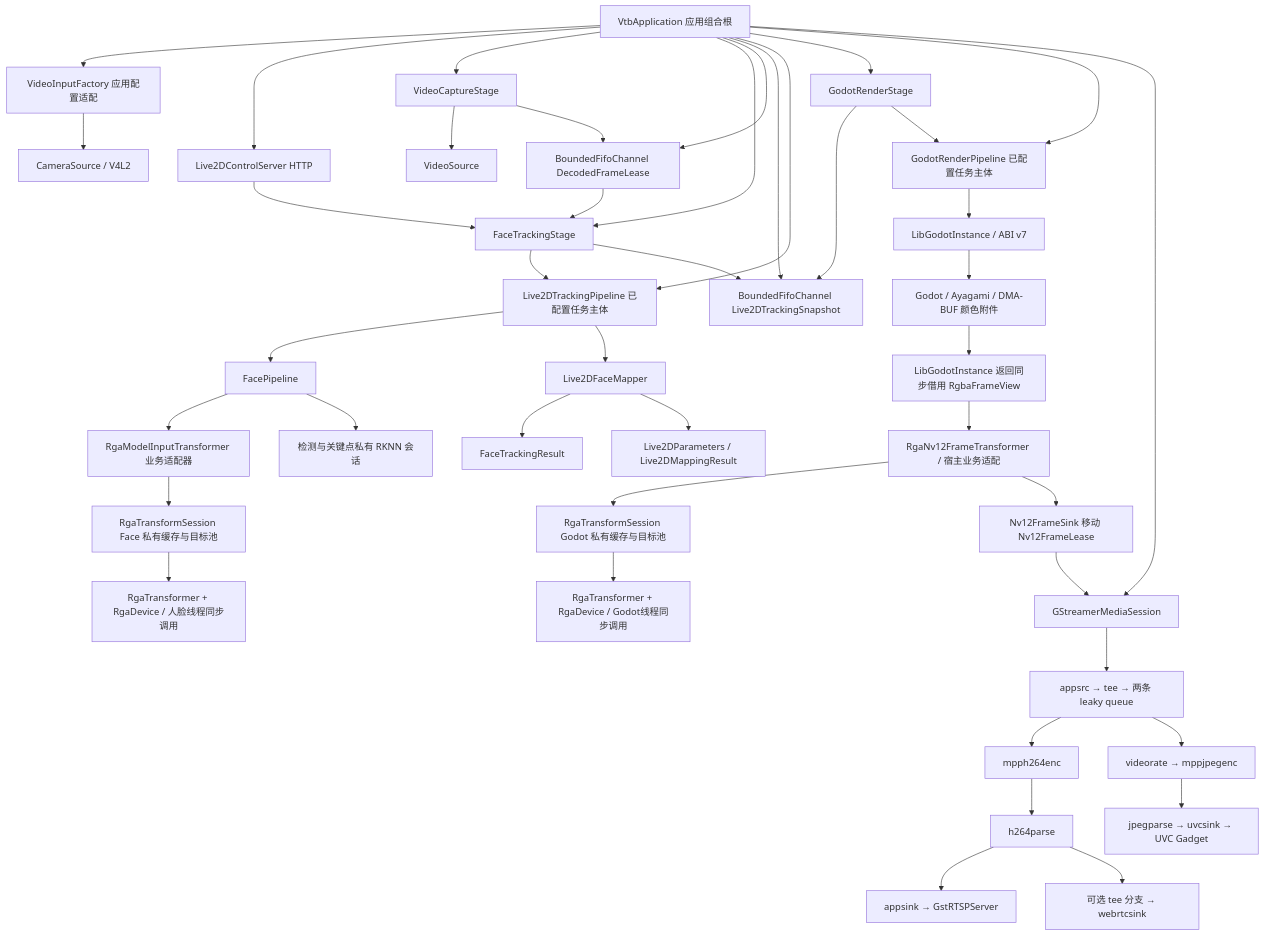
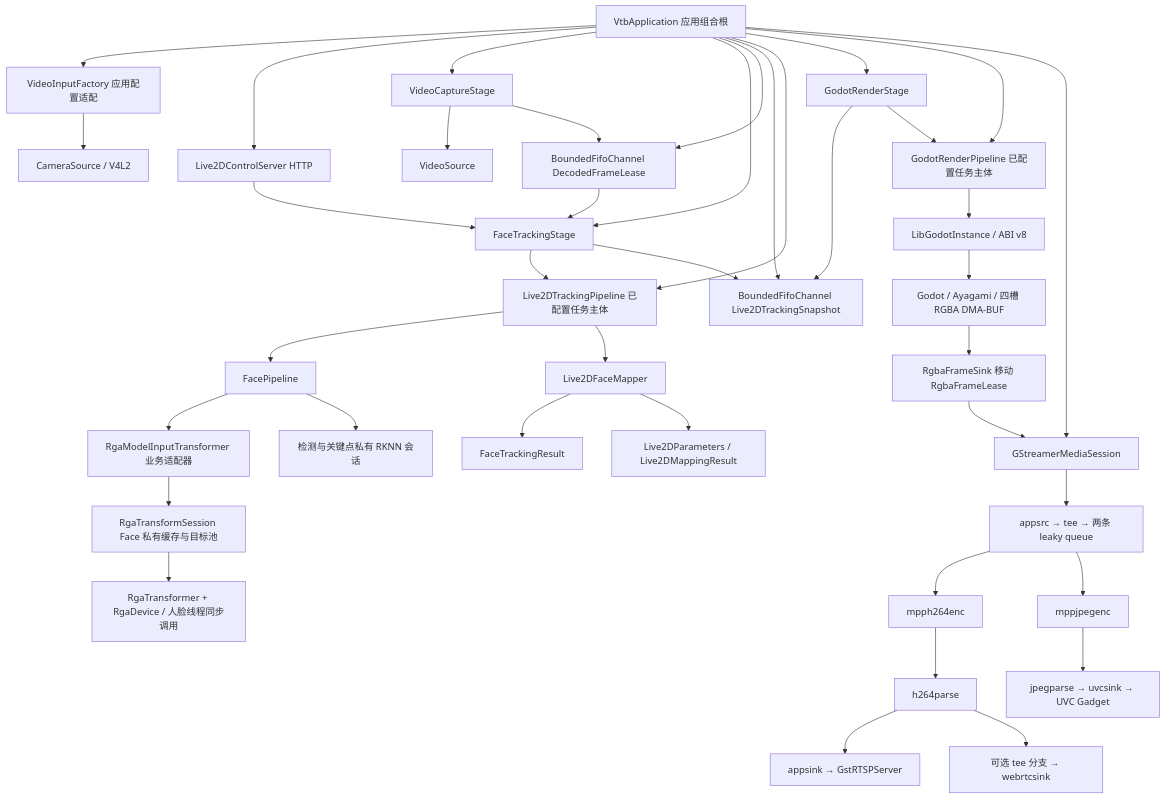
One commit to ytnxneydhsx/VTB changed the diagram in docs/module-boundaries.md. Above: the diagram before and after it, drawn with Mermaid. The commit also changed other lines of this file and 37 other files, not shown here.

First line of the commit message:
feat(live2d): feed pooled Godot RGBA buffers directly to MPP

````diff
--- a/docs/module-boundaries.md
+++ b/docs/module-boundaries.md
@@ -23,45 +20,41 @@
 ```mermaid
 flowchart TB
     App[VtbApplication 应用组合根] --> Factory[VideoInputFactory 应用配置适配]
     Factory --> Capture[CameraSource / V4L2]
     App --> Control[Live2DControlServer HTTP]
     App --> CaptureStage[VideoCaptureStage]
     App --> FaceStage[FaceTrackingStage]
     App --> FrameChannel[BoundedFifoChannel DecodedFrameLease]
     App --> TrackingChannel[BoundedFifoChannel Live2DTrackingSnapshot]
     Control --> FaceStage
     CaptureStage --> Video[VideoSource]
     CaptureStage --> FrameChannel
     FrameChannel --> FaceStage
     App --> TrackingPipeline[Live2DTrackingPipeline 已配置任务主体]
     FaceStage --> TrackingPipeline
     TrackingPipeline --> Face[FacePipeline]
     Face --> RgaAdapter[RgaModelInputTransformer 业务适配器]
     RgaAdapter --> FaceSession[RgaTransformSession Face 私有缓存与目标池]
     Face --> RknnSessions[检测与关键点私有 RKNN 会话]
     TrackingPipeline --> Mapper[Live2DFaceMapper]
     FaceStage --> TrackingChannel
     Mapper --> FaceData[FaceTrackingResult]
     Mapper --> Values[Live2DParameters / Live2DMappingResult]
     App --> GodotStage[GodotRenderStage]
     App --> GodotPipeline[GodotRenderPipeline 已配置任务主体]
     GodotStage --> TrackingChannel
     GodotStage --> GodotPipeline
-    GodotPipeline --> Godot[LibGodotInstance / ABI v7]
-    Godot --> Render[Godot / Ayagami / DMA-BUF 颜色附件]
-    Render --> RgbaView[LibGodotInstance 返回同步借用 RgbaFrameView]
-    RgbaView --> Rga[RgaNv12FrameTransformer / 宿主业务适配]
-    Rga --> GodotSession[RgaTransformSession Godot 私有缓存与目标池]
+    GodotPipeline --> Godot[LibGodotInstance / ABI v8]
+    Godot --> Render[Godot / Ayagami / 四槽 RGBA DMA-BUF]
+    Render --> RgbaSink[RgbaFrameSink 移动 RgbaFrameLease]
     FaceSession --> FaceRga[RgaTransformer + RgaDevice / 人脸线程同步调用]
-    GodotSession --> GodotRga[RgaTransformer + RgaDevice / Godot线程同步调用]
-    Rga --> Nv12Sink[Nv12FrameSink 移动 Nv12FrameLease]
     App --> Media[GStreamerMediaSession]
-    Nv12Sink --> Media
+    RgbaSink --> Media
     Media --> GstRaw[appsrc → tee → 两条 leaky queue]
     GstRaw --> H264[mpph264enc]
-    GstRaw --> Mjpeg[videorate → mppjpegenc]
+    GstRaw --> Mjpeg[mppjpegenc]
     H264 --> H264Parser[h264parse]
     H264Parser --> Network[appsink → GstRTSPServer]
     H264Parser --> WebRTC[可选 tee 分支 → webrtcsink]
     Mjpeg --> Uvc[jpegparse → uvcsink → UVC Gadget]
 ```
````
